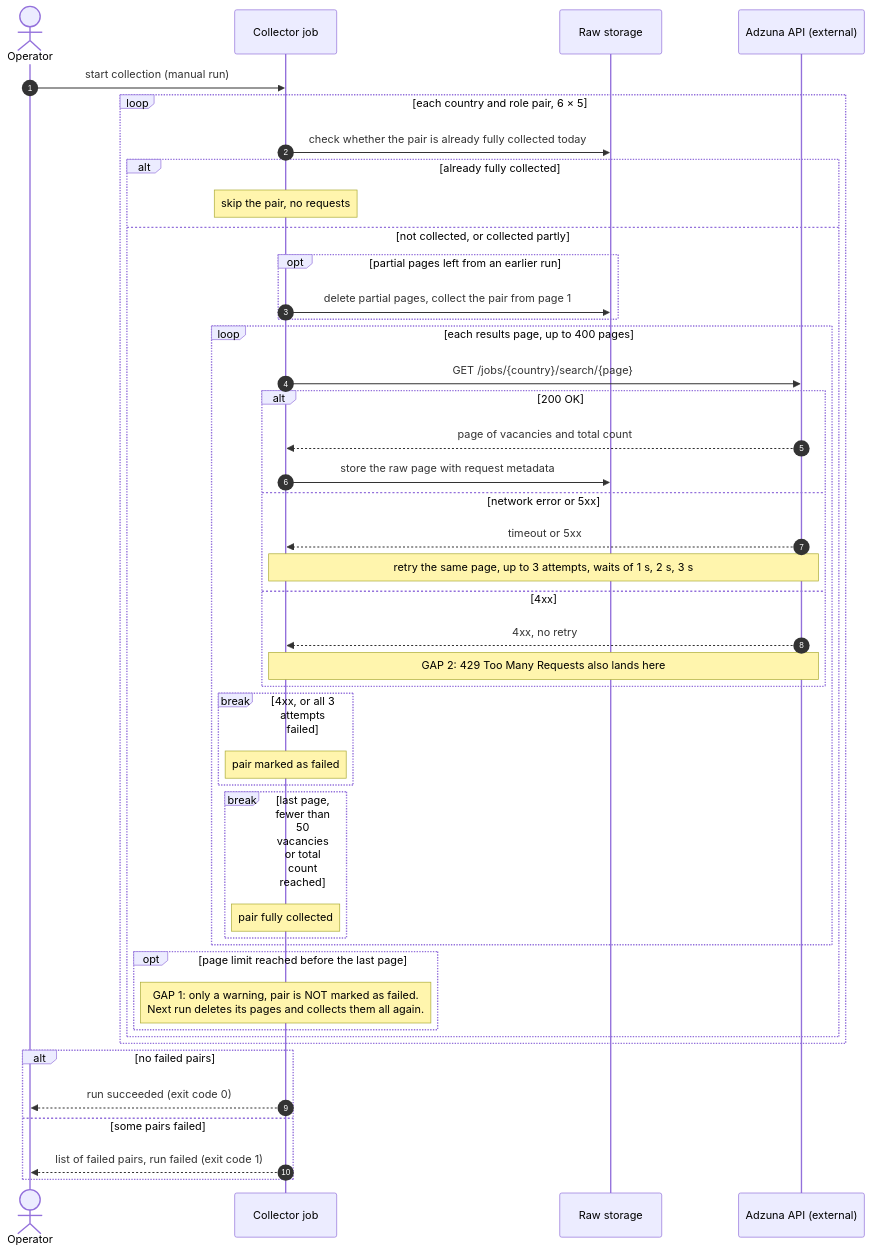
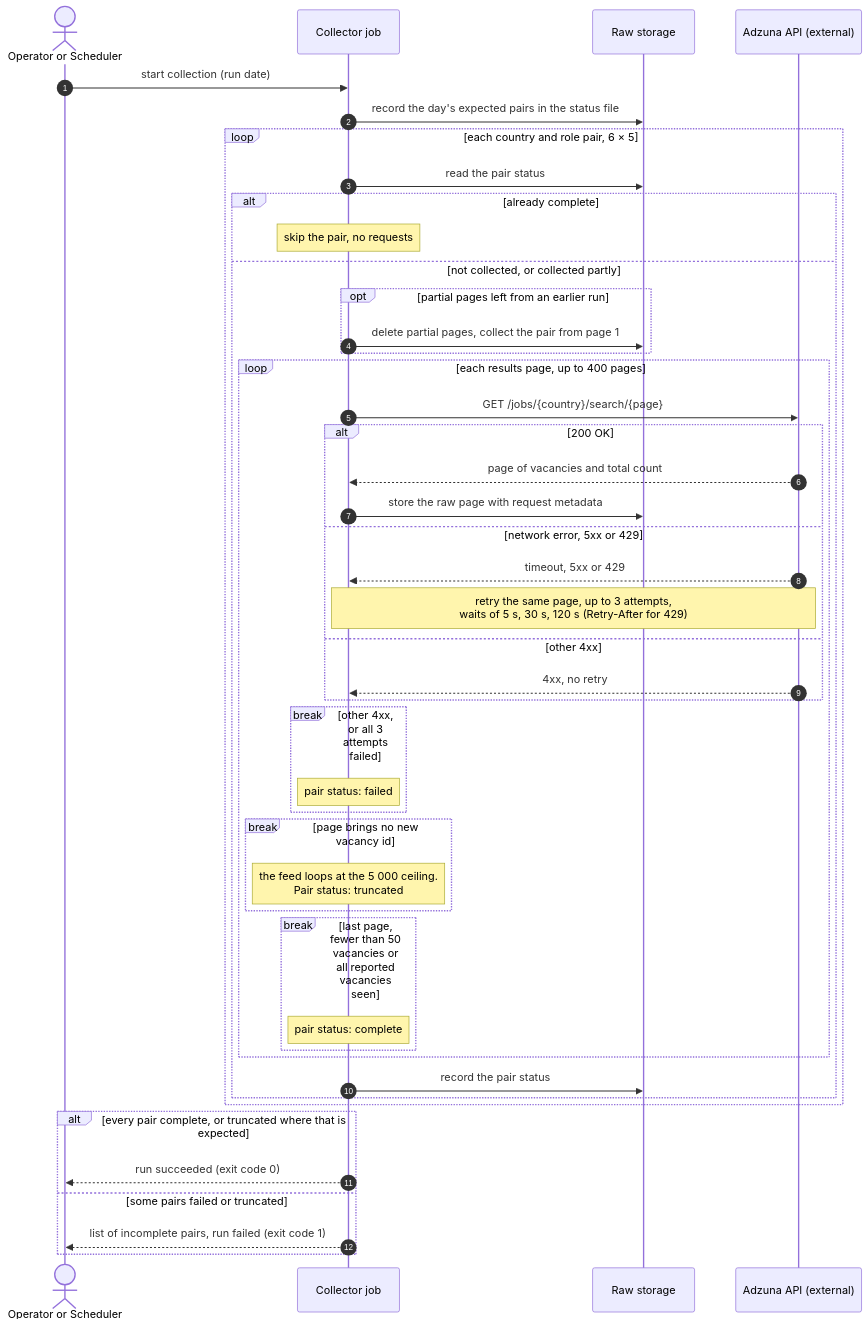
The second of 4 diagrams in NOTES.md (alinatkachenko13/hiring-radar), drawn with Mermaid before and after one commit. The commit also changed other lines of this file and 1 other file, not shown here.

````diff
--- a/NOTES.md
+++ b/NOTES.md
@@ -427,47 +436,48 @@
 ```mermaid
 sequenceDiagram
     autonumber
-    actor Op as Operator
+    actor Op as Operator or Scheduler
     participant CJ as Collector job
     participant RS as Raw storage
     participant API as Adzuna API (external)
 
-    Op->>CJ: start collection (manual run)
+    Op->>CJ: start collection (run date)
+    CJ->>RS: record the day's expected pairs in the status file
     loop each country and role pair, 6 × 5
-        CJ->>RS: check whether the pair is already fully collected today
-        alt already fully collected
+        CJ->>RS: read the pair status
+        alt already complete
             Note over CJ: skip the pair, no requests
         else not collected, or collected partly
             opt partial pages left from an earlier run
                 CJ->>RS: delete partial pages, collect the pair from page 1
             end
             loop each results page, up to 400 pages
                 CJ->>API: GET /jobs/{country}/search/{page}
                 alt 200 OK
                     API-->>CJ: page of vacancies and total count
                     CJ->>RS: store the raw page with request metadata
-                else network error or 5xx
-                    API-->>CJ: timeout or 5xx
-                    Note over CJ,API: retry the same page, up to 3 attempts, waits of 1 s, 2 s, 3 s
-                else 4xx
+                else network error, 5xx or 429
+                    API-->>CJ: timeout, 5xx or 429
+                    Note over CJ,API: retry the same page, up to 3 attempts,<br/>waits of 5 s, 30 s, 120 s (Retry-After for 429)
+                else other 4xx
                     API-->>CJ: 4xx, no retry
-                    Note over CJ,API: GAP 2: 429 Too Many Requests also lands here
                 end
-                break 4xx, or all 3 attempts failed
-                    Note over CJ: pair marked as failed
+                break other 4xx, or all 3 attempts failed
+                    Note over CJ: pair status: failed
                 end
-                break last page, fewer than 50 vacancies or total count reached
-                    Note over CJ: pair fully collected
+                break page brings no new vacancy id
+                    Note over CJ: the feed loops at the 5 000 ceiling.<br/>Pair status: truncated
+                end
+                break last page, fewer than 50 vacancies or all reported vacancies seen
+                    Note over CJ: pair status: complete
                 end
             end
-            opt page limit reached before the last page
-                Note over CJ: GAP 1: only a warning, pair is NOT marked as failed.<br/>Next run deletes its pages and collects them all again.
-            end
+            CJ->>RS: record the pair status
         end
     end
-    alt no failed pairs
+    alt every pair complete, or truncated where that is expected
         CJ-->>Op: run succeeded (exit code 0)
-    else some pairs failed
-        CJ-->>Op: list of failed pairs, run failed (exit code 1)
+    else some pairs failed or truncated
+        CJ-->>Op: list of incomplete pairs, run failed (exit code 1)
     end
 ```
````
